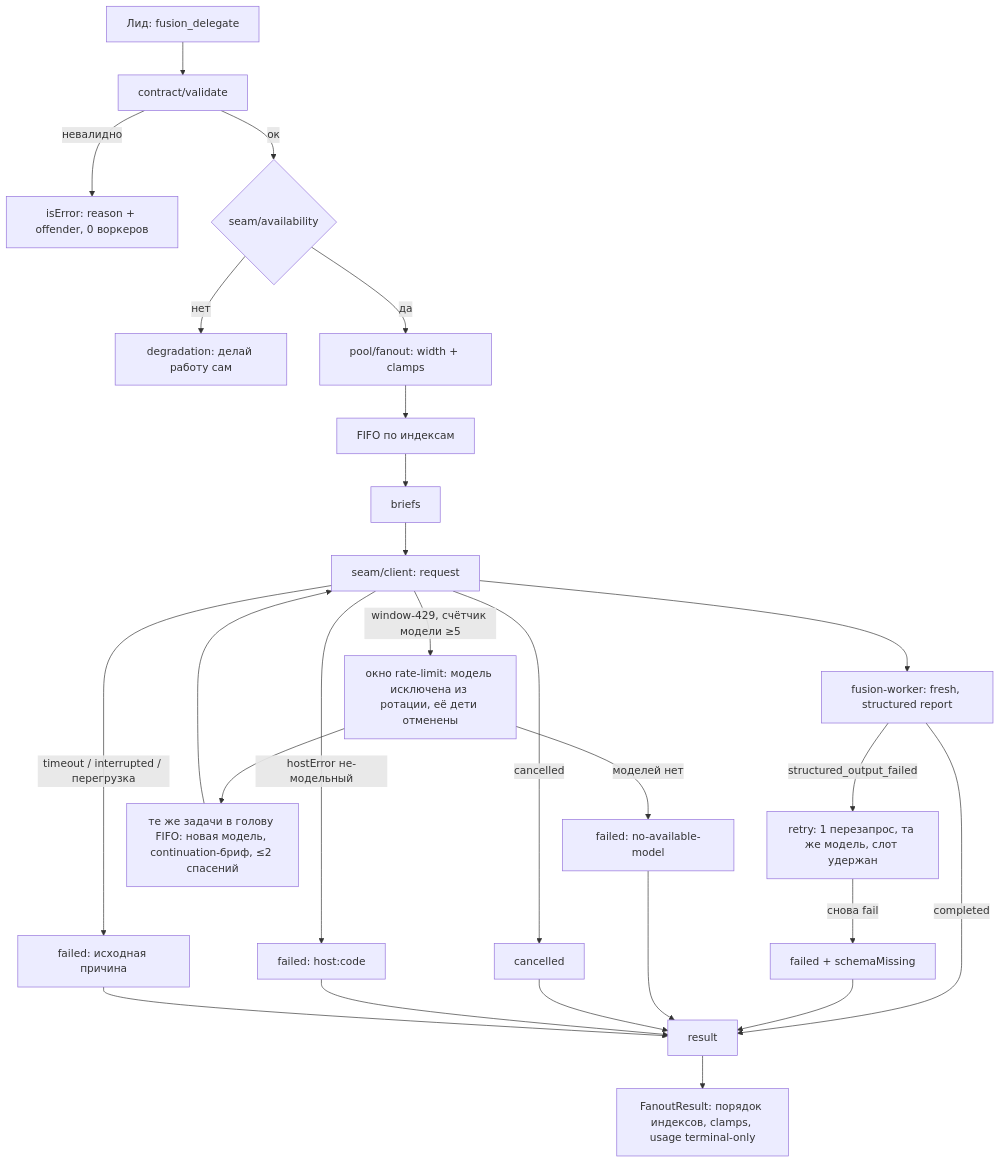
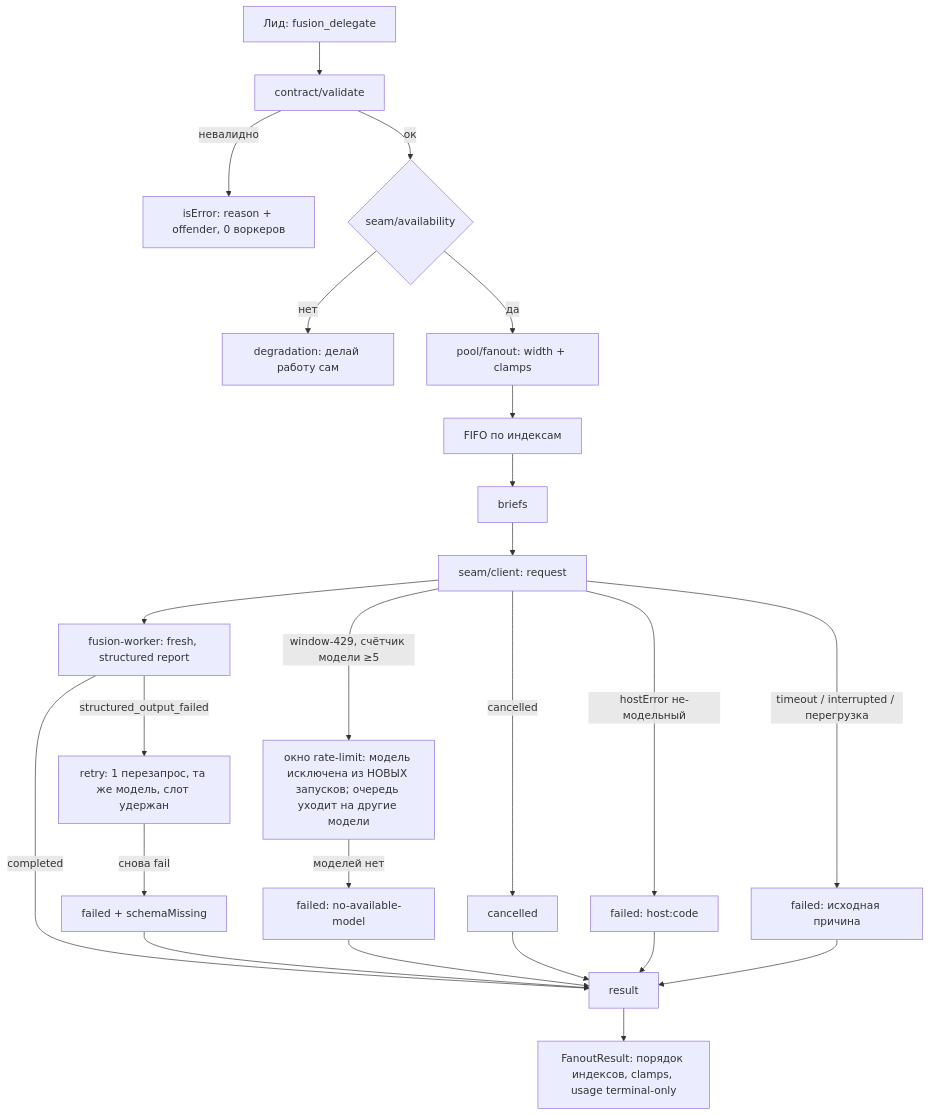
The diagram in .ai/sdd/specs/001-fanout-engine/design.md (fan92rus/pi-fusion), drawn with Mermaid before and after one commit. The commit also changed other lines of this file and 2 other files, not shown here.

Commit message:
docs: spec 001 rev.5.1 - FR-011 final: rate-limit window => exclusion from NEW dispatches only (no child cancels, no task rescues); unified 3-class markers incl plan|billing limit; TD-006 future work: hot-swap paths (worker-side extension, RPC set_model, upstream pi#2266/:rebind)

````diff
--- a/.ai/sdd/specs/001-fanout-engine/design.md
+++ b/.ai/sdd/specs/001-fanout-engine/design.md
@@ -64,28 +64,26 @@
 ```mermaid
 flowchart TD
     L[Лид: fusion_delegate] --> V[contract/validate]
     V -- невалидно --> E[isError: reason + offender, 0 воркеров]
     V -- ок --> A{seam/availability}
     A -- нет --> D[degradation: делай работу сам]
     A -- да --> P[pool/fanout: width + clamps]
     P --> Q[FIFO по индексам]
     Q --> B[briefs]
     B --> C[seam/client: request]
     C --> W[fusion-worker: fresh, structured report]
     W -- structured_output_failed --> R[retry: 1 перезапрос, та же модель, слот удержан]
     R -- снова fail --> F1[failed + schemaMissing]
     W -- completed --> S[result]
-    C -- window-429, счётчик модели ≥5 --> MW[окно rate-limit: модель исключена из ротации, её дети отменены]
-    MW --> RC[те же задачи в голову FIFO: новая модель, continuation-бриф, ≤2 спасений]
-    RC --> C
+    C -- window-429, счётчик модели ≥5 --> MW[окно rate-limit: модель исключена из НОВЫХ запусков; очередь уходит на другие модели]
     MW -- моделей нет --> F2[failed: no-available-model]
     C -- timeout / interrupted / перегрузка --> F5[failed: исходная причина]
     C -- cancelled --> F3[cancelled]
     C -- hostError не-модельный --> F4[failed: host:code]
     F1 --> S
     F2 --> S
     F3 --> S
     F4 --> S
     F5 --> S
     S --> O[FanoutResult: порядок индексов, clamps, usage terminal-only]
 ```
````
